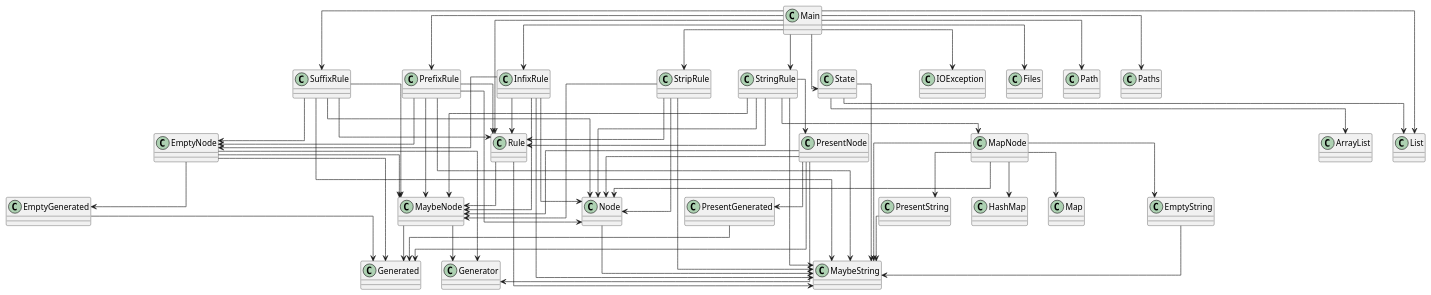
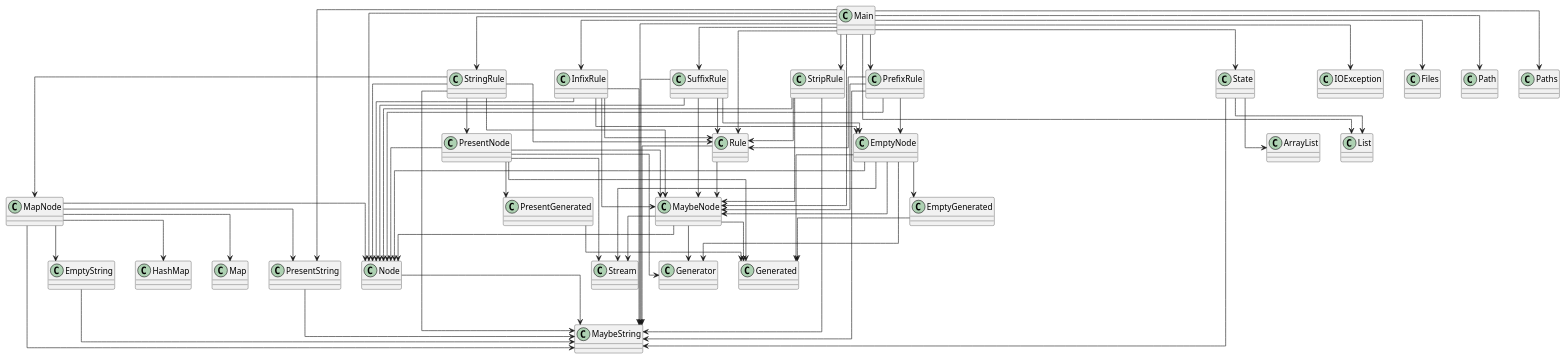
Before and after one commit to SirMathhman/Magma: the diagram in diagram.puml, drawn with PlantUML. The commit also changed 4 other files, not shown here.

```diff
--- a/diagram.puml
+++ b/diagram.puml
@@ -1,87 +1,96 @@
 @startuml
 skinparam linetype ortho
 class Generated
 class Generator
 class MaybeNode
 MaybeNode --> Generated
 MaybeNode --> Generator
+MaybeNode --> Node
+MaybeNode --> Stream
 class MaybeString
 class EmptyNode
 EmptyNode --> Generated
 EmptyNode --> Generator
+EmptyNode --> Node
 EmptyNode --> MaybeNode
 EmptyNode --> EmptyGenerated
+EmptyNode --> Stream
 class PresentNode
 PresentNode --> Generated
 PresentNode --> Generator
 PresentNode --> Node
 PresentNode --> MaybeNode
 PresentNode --> PresentGenerated
+PresentNode --> Stream
 class EmptyString
 EmptyString --> MaybeString
 class PresentString
 PresentString --> MaybeString
 class MapNode
 MapNode --> MaybeString
 MapNode --> Node
 MapNode --> EmptyString
 MapNode --> PresentString
 MapNode --> HashMap
 MapNode --> Map
 class Node
 Node --> MaybeString
 class EmptyGenerated
 EmptyGenerated --> Generated
 class PresentGenerated
 PresentGenerated --> Generated
 class InfixRule
 InfixRule --> Node
 InfixRule --> Rule
 InfixRule --> MaybeNode
 InfixRule --> MaybeString
 InfixRule --> EmptyNode
 class PrefixRule
 PrefixRule --> Node
 PrefixRule --> Rule
 PrefixRule --> MaybeNode
 PrefixRule --> MaybeString
 PrefixRule --> EmptyNode
 class StringRule
 StringRule --> Node
 StringRule --> Rule
 StringRule --> MaybeNode
 StringRule --> MaybeString
 StringRule --> PresentNode
 StringRule --> MapNode
 class StripRule
 StripRule --> Node
 StripRule --> Rule
 StripRule --> MaybeNode
 StripRule --> MaybeString
 class SuffixRule
 SuffixRule --> Node
 SuffixRule --> Rule
 SuffixRule --> MaybeNode
 SuffixRule --> MaybeString
 SuffixRule --> EmptyNode
 class Rule
 Rule --> MaybeNode
 Rule --> MaybeString
 class State
 State --> MaybeString
 State --> ArrayList
 State --> List
 class Main
+Main --> Node
 Main --> Rule
 Main --> State
+Main --> MaybeNode
+Main --> MaybeString
+Main --> PresentString
 Main --> InfixRule
 Main --> PrefixRule
 Main --> StringRule
 Main --> StripRule
 Main --> SuffixRule
 Main --> IOException
 Main --> Files
 Main --> Path
 Main --> Paths
 Main --> List
 @enduml
```
